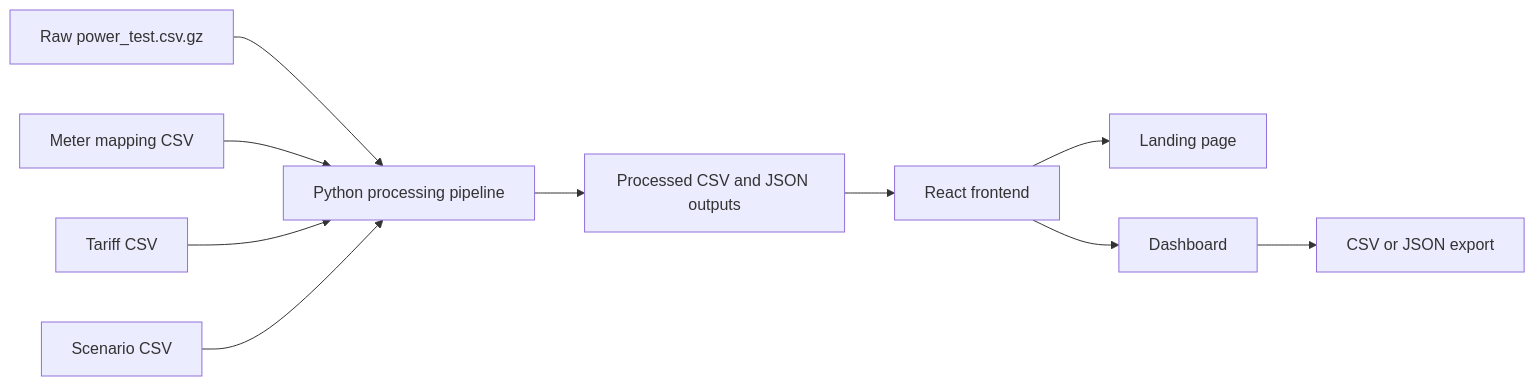
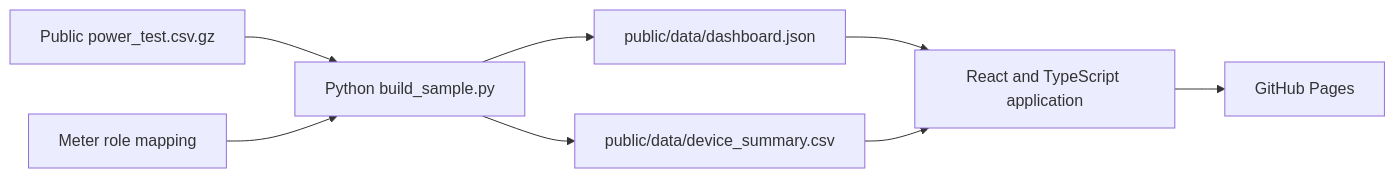
The diagram in README.md (AJ-ing/InfraPulse_2.0), drawn with Mermaid before and after one commit. The commit also changed other lines of this file, not shown here.

````diff
--- a/README.md
+++ b/README.md
@@ -433,12 +113,10 @@
 ```mermaid
 flowchart LR
-    Raw[Raw power_test.csv.gz] --> Pipeline[Python processing pipeline]
-    Mapping[Meter mapping CSV] --> Pipeline
-    Tariffs[Tariff CSV] --> Pipeline
-    Scenarios[Scenario CSV] --> Pipeline
-    Pipeline --> Processed[Processed CSV and JSON outputs]
-    Processed --> React[React frontend]
-    React --> Landing[Landing page]
-    React --> Dashboard[Dashboard]
-    Dashboard --> Export[CSV or JSON export]
+    Source[Public power_test.csv.gz] --> Pipeline[Python build_sample.py]
+    Mapping[Meter role mapping] --> Pipeline
+    Pipeline --> DashboardData[public/data/dashboard.json]
+    Pipeline --> DeviceCsv[public/data/device_summary.csv]
+    DashboardData --> React[React and TypeScript application]
+    DeviceCsv --> React
+    React --> Pages[GitHub Pages]
 ```
````
